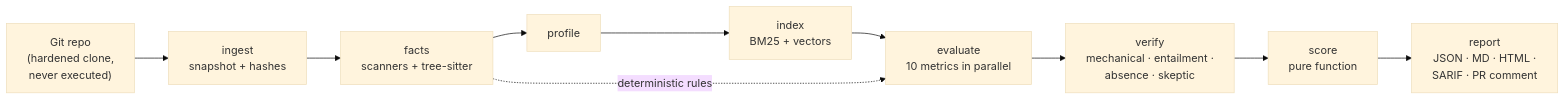
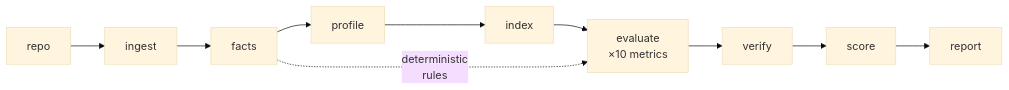
Before and after one commit to eray-akalin/archlens: the first of 2 diagrams in README.md, drawn with Mermaid (base theme). The commit also changed 1 other file, not shown here.

Commit message:
docs: compact pipeline diagram; close M6.2
The pipeline diagram is one row of short labels (the details are in the
numbered list below it); a two-row layout came out tall because Mermaid
ignores subgraph directions once edges cross them. Both diagrams render
with mermaid 10.9.

````diff
--- a/README.md
+++ b/README.md
@@ -22,12 +22,6 @@
 ```mermaid
 flowchart LR
-  repo["Git repo<br/>(hardened clone,<br/>never executed)"] --> ingest["ingest<br/>snapshot + hashes"]
-  ingest --> facts["facts<br/>scanners + tree-sitter"]
-  facts --> profile["profile"]
-  profile --> index["index<br/>BM25 + vectors"]
-  index --> evaluate["evaluate<br/>10 metrics in parallel"]
-  facts -. "deterministic rules" .-> evaluate
-  evaluate --> verify["verify<br/>mechanical · entailment ·<br/>absence · skeptic"]
-  verify --> score["score<br/>pure function"]
-  score --> report["report<br/>JSON · MD · HTML ·<br/>SARIF · PR comment"]
+  repo["repo"] --> ingest["ingest"] --> facts["facts"] --> profile["profile"] --> index["index"]
+  index --> evaluate["evaluate<br/>×10 metrics"] --> verify["verify"] --> score["score"] --> report["report"]
+  facts -. "deterministic<br/>rules" .-> evaluate
 ```
````
